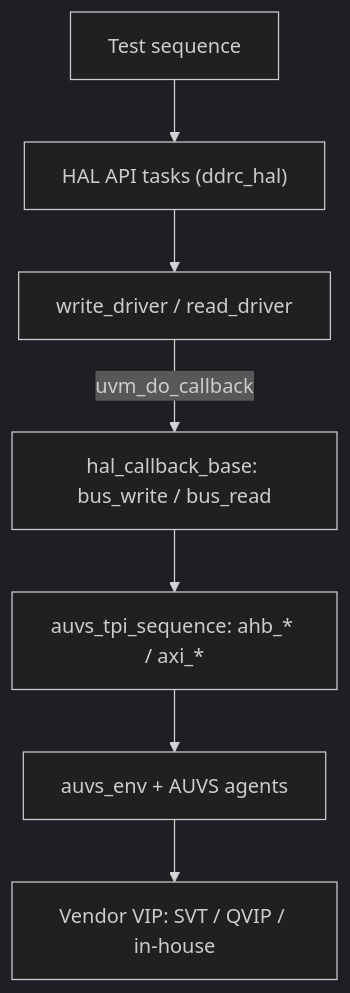
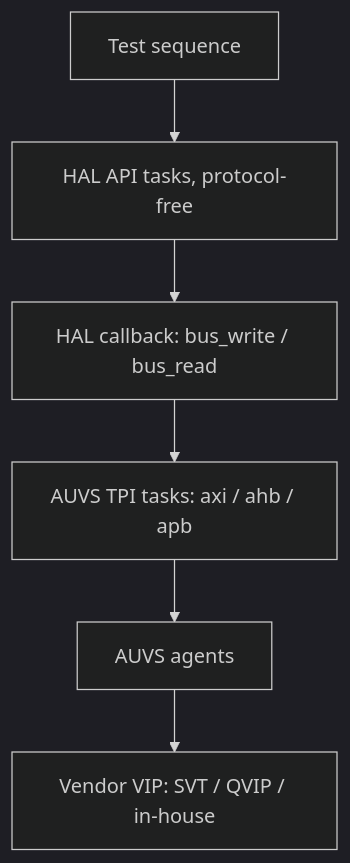
Before and after one commit to nemo99007/yt-paper: the diagram in docs/papers/ref-20261018-0299-practical-schemes-to-enhance-vertical-horizontal-and-platfor.md, drawn with Mermaid (dark theme). The commit also changed other lines of this file and 172 other files, not shown here.

````diff
--- a/docs/papers/ref-20261018-0299-practical-schemes-to-enhance-vertical-horizontal-and-platfor.md
+++ b/docs/papers/ref-20261018-0299-practical-schemes-to-enhance-vertical-horizontal-and-platfor.md
@@ -355,9 +199,8 @@
 ```mermaid
 flowchart TB
-  TS[Test sequence] --> HAL["HAL API tasks (ddrc_hal)"]
-  HAL --> DRV["write_driver / read_driver"]
-  DRV -->|uvm_do_callback| CB["hal_callback_base: bus_write / bus_read"]
-  CB --> TPI["auvs_tpi_sequence: ahb_* / axi_*"]
-  TPI --> ENV["auvs_env + AUVS agents"]
-  ENV --> VIP["Vendor VIP: SVT / QVIP / in-house"]
+  S[Test sequence] --> H[HAL API tasks, protocol-free]
+  H --> C[HAL callback: bus_write / bus_read]
+  C --> T[AUVS TPI tasks: axi / ahb / apb]
+  T --> A[AUVS agents]
+  A --> V[Vendor VIP: SVT / QVIP / in-house]
 ```
````
